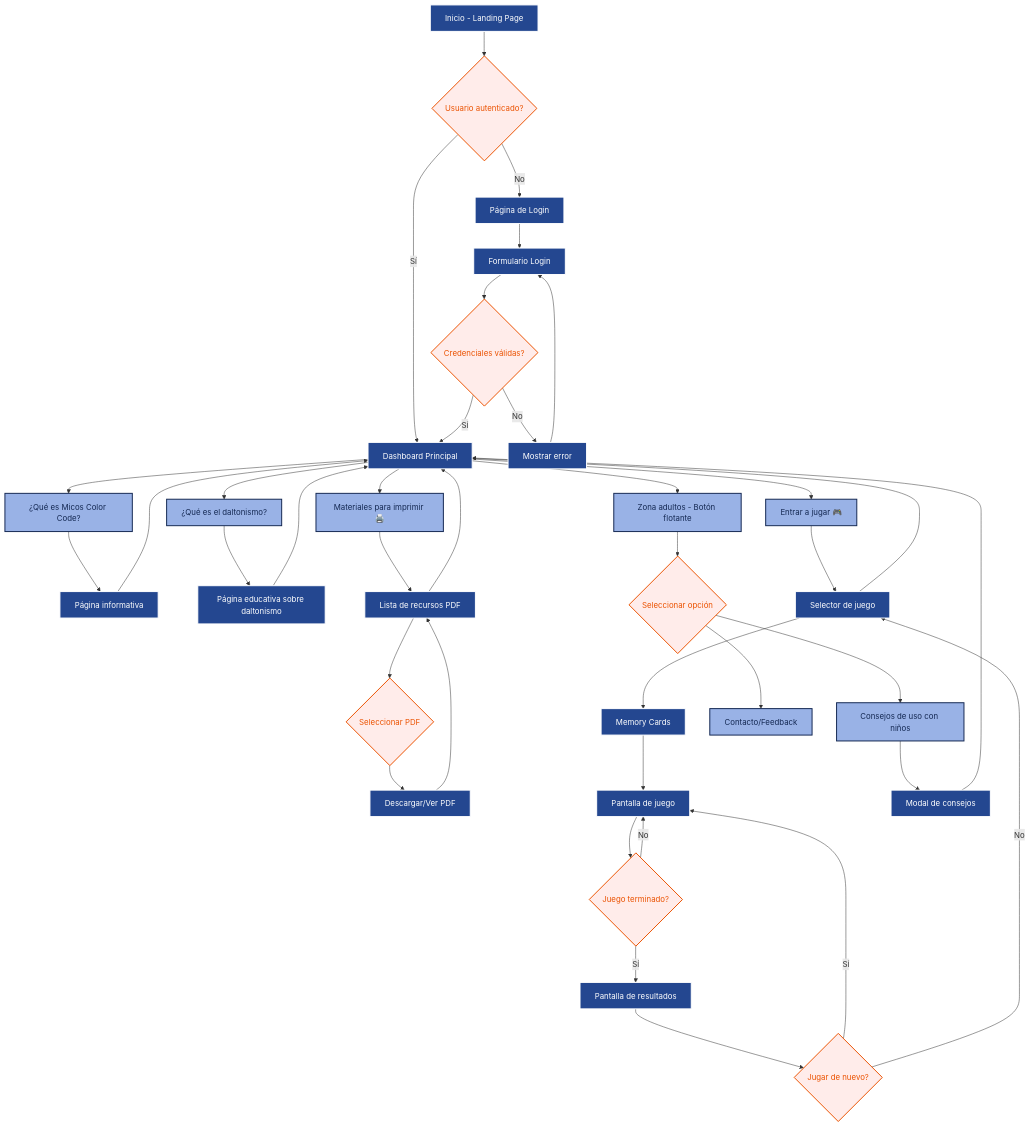
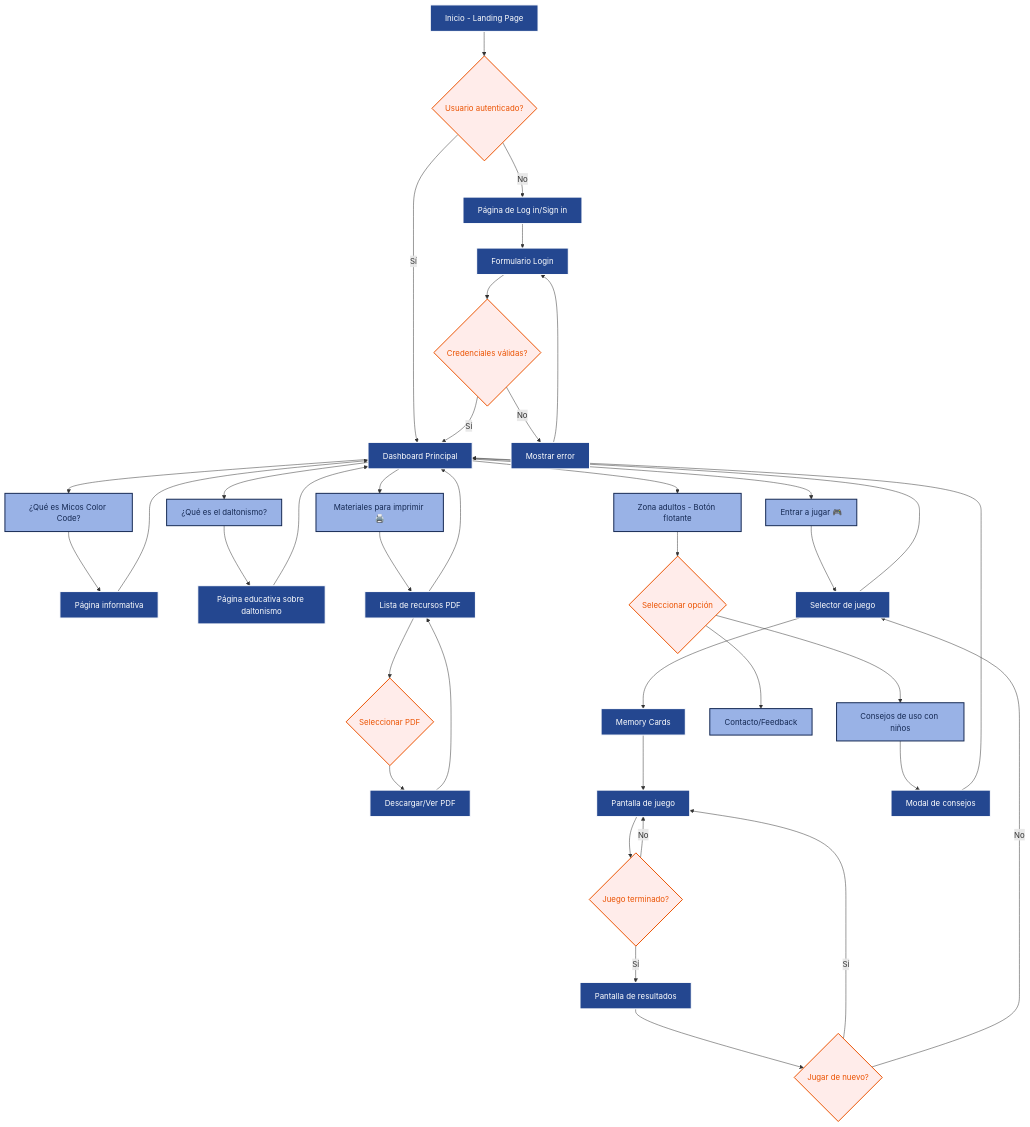
Before and after one commit to sara-vazquez/micos-color-code-frontend: the diagram in README.md, drawn with Mermaid.

````diff
--- a/README.md
+++ b/README.md
@@ -4,80 +4,80 @@
 ```mermaid
 flowchart TD
     A[Inicio - Landing Page] --> B{Usuario autenticado?}
     
-    B -->|No| C[Página de Login]
+    B -->|No| C[Página de Log in/Sign in]
     B -->|Sí| D[Dashboard Principal]
     
     C --> C1[Formulario Login]
     C1 --> C2{Credenciales válidas?}
     C2 -->|No| C3[Mostrar error]
     C3 --> C1
     C2 -->|Sí| D
     
     D --> E[¿Qué es Micos Color Code?]
     D --> F[¿Qué es el daltonismo?]
     D --> G[Materiales para imprimir 🖨️]
     D --> H[Entrar a jugar 🎮]
     D --> I[Zona adultos - Botón flotante]
     
     E --> E1[Página informativa]
     E1 --> D
     
     F --> F1[Página educativa sobre daltonismo]
     F1 --> D
     
     G --> G1[Lista de recursos PDF]
     G1 --> G2{Seleccionar PDF}
     G2 --> G3[Descargar/Ver PDF]
     G3 --> G1
     G1 --> D
     
     H --> H1[Selector de juego]
     H1 --> H2[Memory Cards]
     H2 --> H3[Pantalla de juego]
     H3 --> H4{Juego terminado?}
     H4 -->|No| H3
     H4 -->|Sí| H5[Pantalla de resultados]
     H5 --> H6{Jugar de nuevo?}
     H6 -->|Sí| H3
     H6 -->|No| H1
     H1 --> D
     
     I --> I1{Seleccionar opción}
     I1 --> I2[Consejos de uso con niños]
     I1 --> I3[Contacto/Feedback]
     
     I2 --> I4[Modal de consejos]
     I4 --> D
     
     style A fill:#244790,stroke:#FFFFFF,stroke-width:2px,color:#FFFFFF
     style D fill:#244790,stroke:#FFFFFF,stroke-width:2px,color:#FFFFFF
     style C fill:#244790,stroke:#FFFFFF,stroke-width:2px,color:#FFFFFF
     style C1 fill:#244790,stroke:#FFFFFF,stroke-width:2px,color:#FFFFFF
     style C3 fill:#244790,stroke:#FFFFFF,stroke-width:2px,color:#FFFFFF
     style E1 fill:#244790,stroke:#FFFFFF,stroke-width:2px,color:#FFFFFF
     style F1 fill:#244790,stroke:#FFFFFF,stroke-width:2px,color:#FFFFFF
     style G1 fill:#244790,stroke:#FFFFFF,stroke-width:2px,color:#FFFFFF
     style G3 fill:#244790,stroke:#FFFFFF,stroke-width:2px,color:#FFFFFF
     style H1 fill:#244790,stroke:#FFFFFF,stroke-width:2px,color:#FFFFFF
     style H2 fill:#244790,stroke:#FFFFFF,stroke-width:2px,color:#FFFFFF
     style H3 fill:#244790,stroke:#FFFFFF,stroke-width:2px,color:#FFFFFF
     style H5 fill:#244790,stroke:#FFFFFF,stroke-width:2px,color:#FFFFFF
     style I4 fill:#244790,stroke:#FFFFFF,stroke-width:2px,color:#FFFFFF
     
     style B fill:#FFECEA,stroke:#EB5200,stroke-width:2px,color:#EB5200
     style C2 fill:#FFECEA,stroke:#EB5200,stroke-width:2px,color:#EB5200
     style G2 fill:#FFECEA,stroke:#EB5200,stroke-width:2px,color:#EB5200
     style H4 fill:#FFECEA,stroke:#EB5200,stroke-width:2px,color:#EB5200
     style H6 fill:#FFECEA,stroke:#EB5200,stroke-width:2px,color:#EB5200
     style I1 fill:#FFECEA,stroke:#EB5200,stroke-width:2px,color:#EB5200
     
     style E fill:#99B2E6,stroke:#142852,stroke-width:2px,color:#142852
     style F fill:#99B2E6,stroke:#142852,stroke-width:2px,color:#142852
     style G fill:#99B2E6,stroke:#142852,stroke-width:2px,color:#142852
     style H fill:#99B2E6,stroke:#142852,stroke-width:2px,color:#142852
     style I fill:#99B2E6,stroke:#142852,stroke-width:2px,color:#142852
     style I2 fill:#99B2E6,stroke:#142852,stroke-width:2px,color:#142852
     style I3 fill:#99B2E6,stroke:#142852,stroke-width:2px,color:#142852
 
 ```
````
